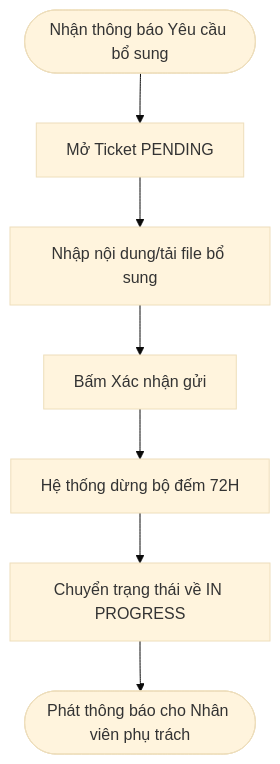
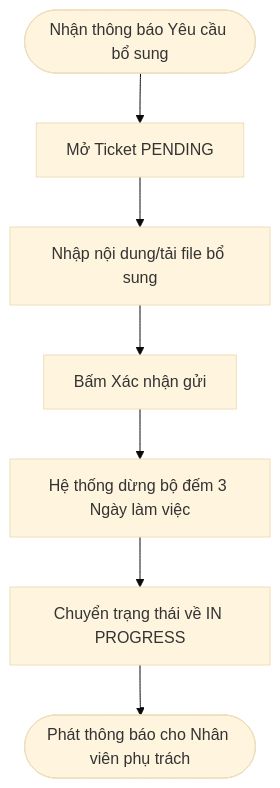
The third of 5 diagrams in docs/workflows/02-quy-trinh-sinh-vien.md (IvyPear/UniSupport), drawn with Mermaid (base theme) before and after one commit. The commit also changed other lines of this file and 10 other files, not shown here.

Commit message:
docs: add initial domain documentation, PRDs, ERD, and workflow guides

````diff
--- a/docs/workflows/02-quy-trinh-sinh-vien.md
+++ b/docs/workflows/02-quy-trinh-sinh-vien.md
@@ -82,9 +82,9 @@
 ```mermaid
 graph TD
     A([Nhận thông báo Yêu cầu bổ sung]) --> B[Mở Ticket PENDING]
     B --> C[Nhập nội dung/tải file bổ sung]
     C --> D[Bấm Xác nhận gửi]
-    D --> E[Hệ thống dừng bộ đếm 72H]
+    D --> E[Hệ thống dừng bộ đếm 3 Ngày làm việc]
     E --> F[Chuyển trạng thái về IN PROGRESS]
     F --> G([Phát thông báo cho Nhân viên phụ trách])
 ```
````
